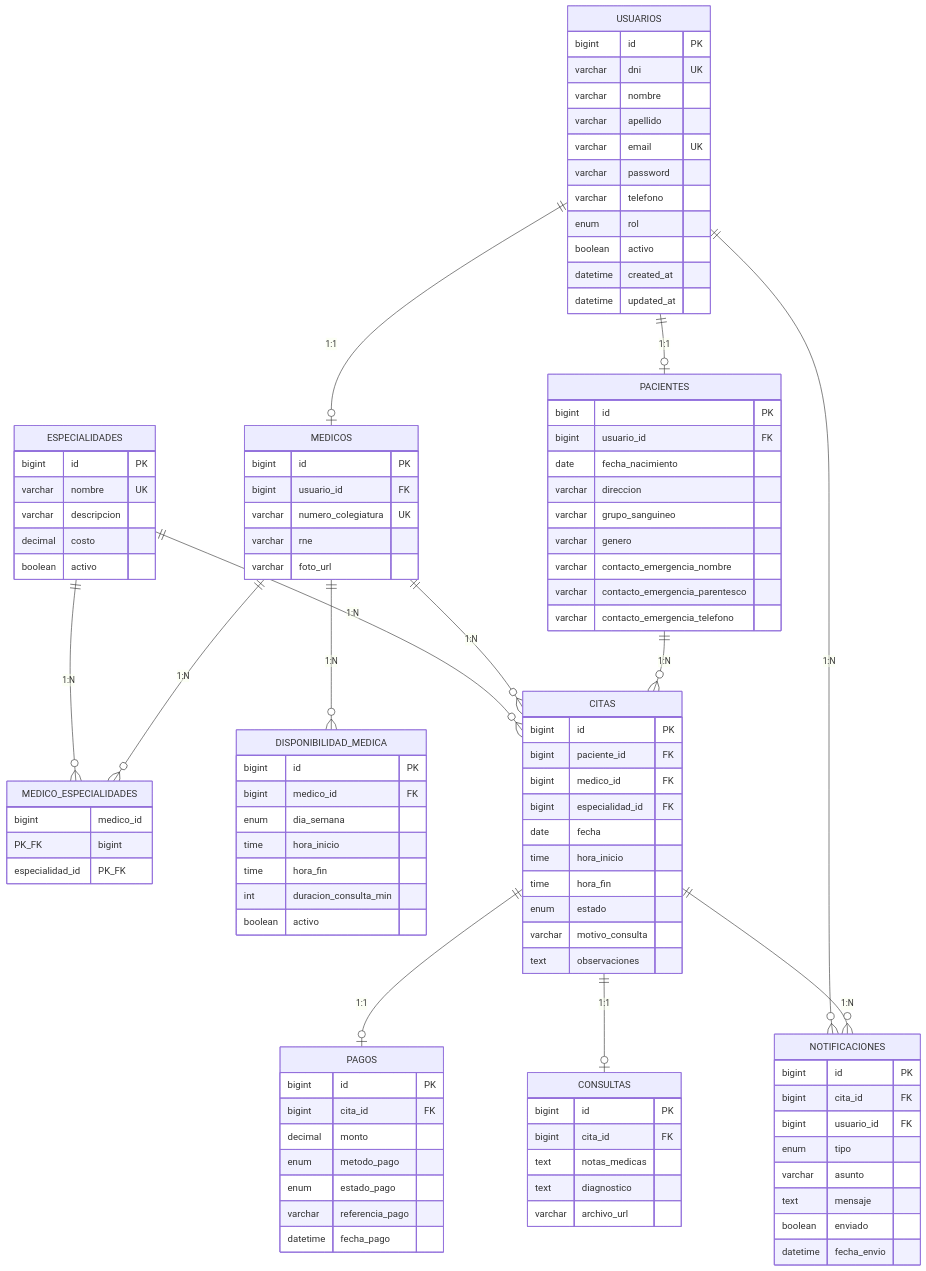
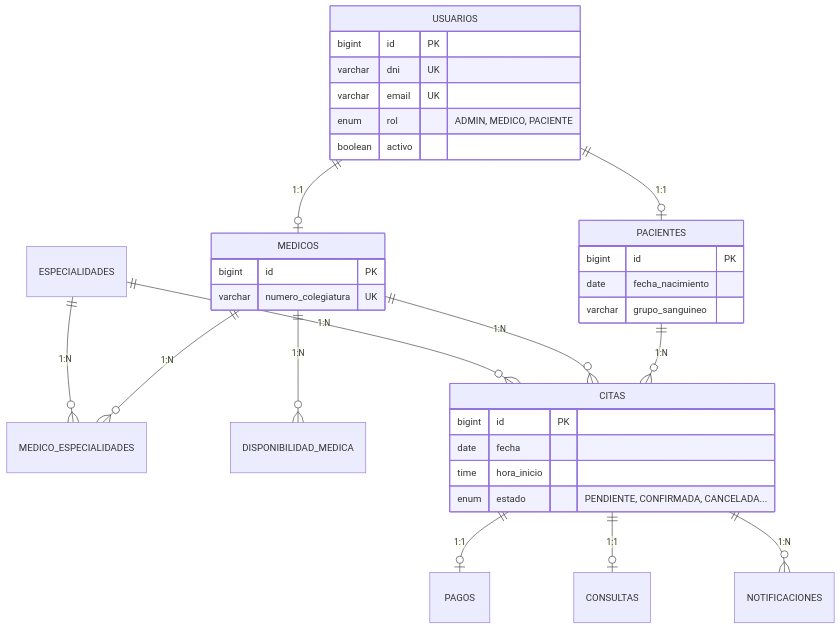
One commit to Alessandro-BS/Proyecto-Integrador changed the second of 5 diagrams in README.md. Above: the diagram before and after it, drawn with Mermaid. The commit also changed other lines of this file and 1 other file, not shown here.

````diff
--- a/README.md
+++ b/README.md
@@ -76,7 +78,6 @@
     
     MEDICOS ||--o{ MEDICO_ESPECIALIDADES : "1:N"
     ESPECIALIDADES ||--o{ MEDICO_ESPECIALIDADES : "1:N"
-    
     MEDICOS ||--o{ DISPONIBILIDAD_MEDICA : "1:N"
     
     PACIENTES ||--o{ CITAS : "1:N"
@@ -85,106 +86,31 @@
     
     CITAS ||--o| PAGOS : "1:1"
     CITAS ||--o| CONSULTAS : "1:1"
-    
     CITAS ||--o{ NOTIFICACIONES : "1:N"
-    USUARIOS ||--o{ NOTIFICACIONES : "1:N"
 
     USUARIOS {
         bigint id PK
         varchar dni UK
-        varchar nombre
-        varchar apellido
         varchar email UK
-        varchar password
-        varchar telefono
-        enum rol
+        enum rol "ADMIN, MEDICO, PACIENTE"
         boolean activo
-        datetime created_at
-        datetime updated_at
     }
 
     PACIENTES {
         bigint id PK
-        bigint usuario_id FK
         date fecha_nacimiento
-        varchar direccion
         varchar grupo_sanguineo
-        varchar genero
-        varchar contacto_emergencia_nombre
-        varchar contacto_emergencia_parentesco
-        varchar contacto_emergencia_telefono
     }
 
     MEDICOS {
         bigint id PK
-        bigint usuario_id FK
         varchar numero_colegiatura UK
-        varchar rne
-        varchar foto_url
-    }
-
-    ESPECIALIDADES {
-        bigint id PK
-        varchar nombre UK
-        varchar descripcion
-        decimal costo
-        boolean activo
-    }
-
-    MEDICO_ESPECIALIDADES {
-        bigint medico_id PK_FK
-        bigint especialidad_id PK_FK
-    }
-
-    DISPONIBILIDAD_MEDICA {
-        bigint id PK
-        bigint medico_id FK
-        enum dia_semana
-        time hora_inicio
-        time hora_fin
-        int duracion_consulta_min
-        boolean activo
     }
 
     CITAS {
         bigint id PK
-        bigint paciente_id FK
-        bigint medico_id FK
-        bigint especialidad_id FK
         date fecha
         time hora_inicio
-        time hora_fin
-        enum estado
-        varchar motivo_consulta
-        text observaciones
-    }
-
-    CONSULTAS {
-        bigint id PK
-        bigint cita_id FK
-        text notas_medicas
-        text diagnostico
-        varchar archivo_url
-    }
-
-    PAGOS {
-        bigint id PK
-        bigint cita_id FK
-        decimal monto
-        enum metodo_pago
-        enum estado_pago
-        varchar referencia_pago
-        datetime fecha_pago
-    }
-
-    NOTIFICACIONES {
-        bigint id PK
-        bigint cita_id FK
-        bigint usuario_id FK
-        enum tipo
-        varchar asunto
-        text mensaje
-        boolean enviado
-        datetime fecha_envio
+        enum estado "PENDIENTE, CONFIRMADA, CANCELADA..."
     }
 ```
````
